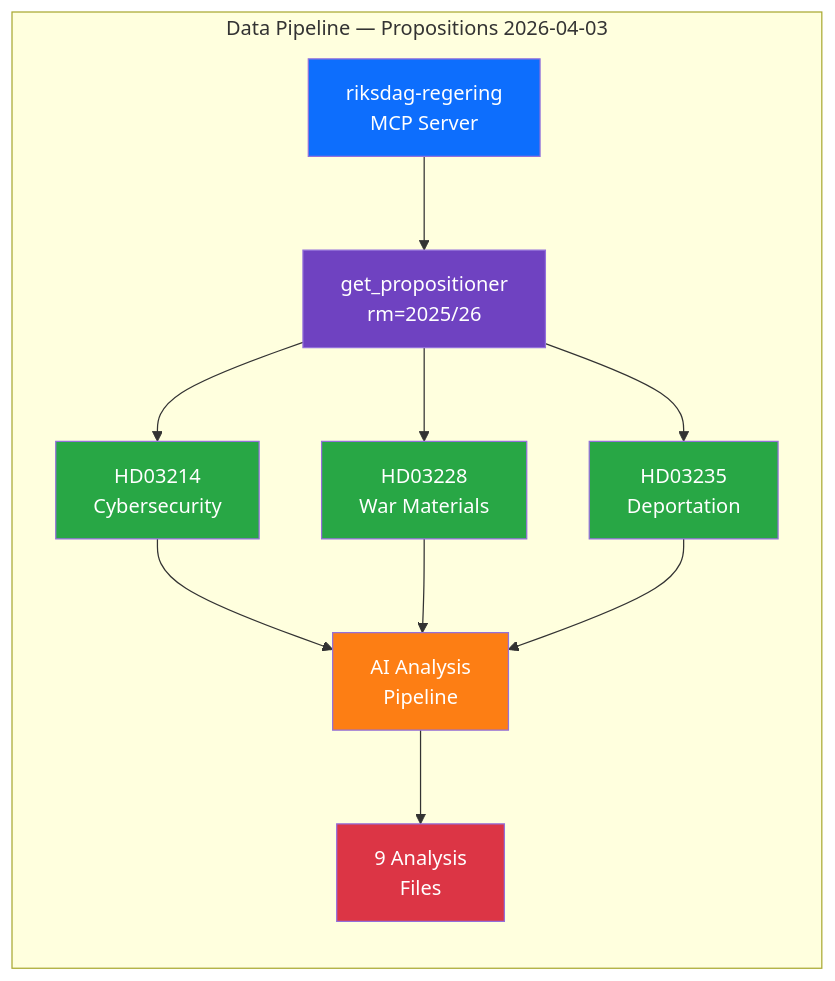
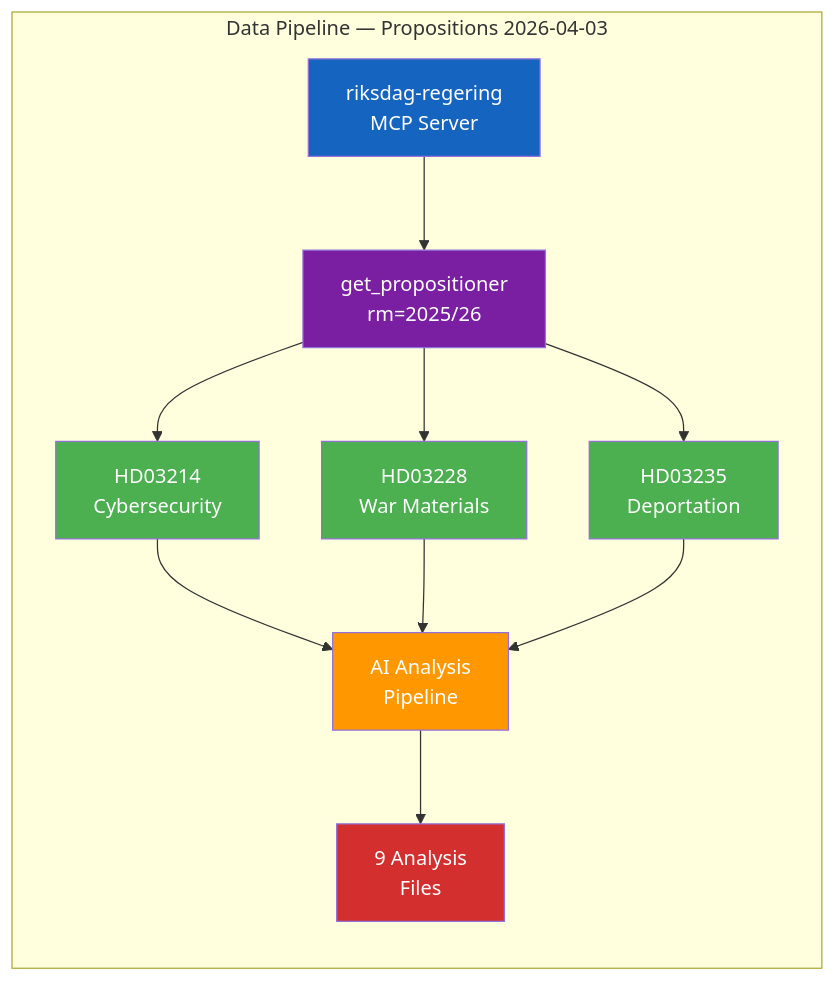
The diagram in analysis/daily/2026-04-03/propositions/data-download-manifest.md (Hack23/riksdagsmonitor), drawn with Mermaid before and after one commit. The commit also changed 785 other files, not shown here.

First line of the commit message:
Normalize mermaid colors across 786 analysis artifacts to ISMS Style Guide palette

````diff
--- a/analysis/daily/2026-04-03/propositions/data-download-manifest.md
+++ b/analysis/daily/2026-04-03/propositions/data-download-manifest.md
@@ -15,27 +15,27 @@
 ```mermaid
 graph LR
     subgraph "Data Pipeline — Propositions 2026-04-03"
         MCP["riksdag-regering<br/>MCP Server"]
         PROP["get_propositioner<br/>rm=2025/26"]
         DOC1["HD03214<br/>Cybersecurity"]
         DOC2["HD03228<br/>War Materials"]
         DOC3["HD03235<br/>Deportation"]
         ANALYSIS["AI Analysis<br/>Pipeline"]
         OUTPUT["9 Analysis<br/>Files"]
     end
     MCP --> PROP
     PROP --> DOC1
     PROP --> DOC2
     PROP --> DOC3
     DOC1 --> ANALYSIS
     DOC2 --> ANALYSIS
     DOC3 --> ANALYSIS
     ANALYSIS --> OUTPUT
-    style MCP fill:#0d6efd,color:#fff
-    style PROP fill:#6f42c1,color:#fff
-    style DOC1 fill:#28a745,color:#fff
-    style DOC2 fill:#28a745,color:#fff
-    style DOC3 fill:#28a745,color:#fff
-    style ANALYSIS fill:#fd7e14,color:#fff
-    style OUTPUT fill:#dc3545,color:#fff
+    style MCP fill:#1565C0,color:#FFFFFF
+    style PROP fill:#7B1FA2,color:#FFFFFF
+    style DOC1 fill:#4CAF50,color:#FFFFFF
+    style DOC2 fill:#4CAF50,color:#FFFFFF
+    style DOC3 fill:#4CAF50,color:#FFFFFF
+    style ANALYSIS fill:#FF9800,color:#FFFFFF
+    style OUTPUT fill:#D32F2F,color:#FFFFFF
 ```
````
